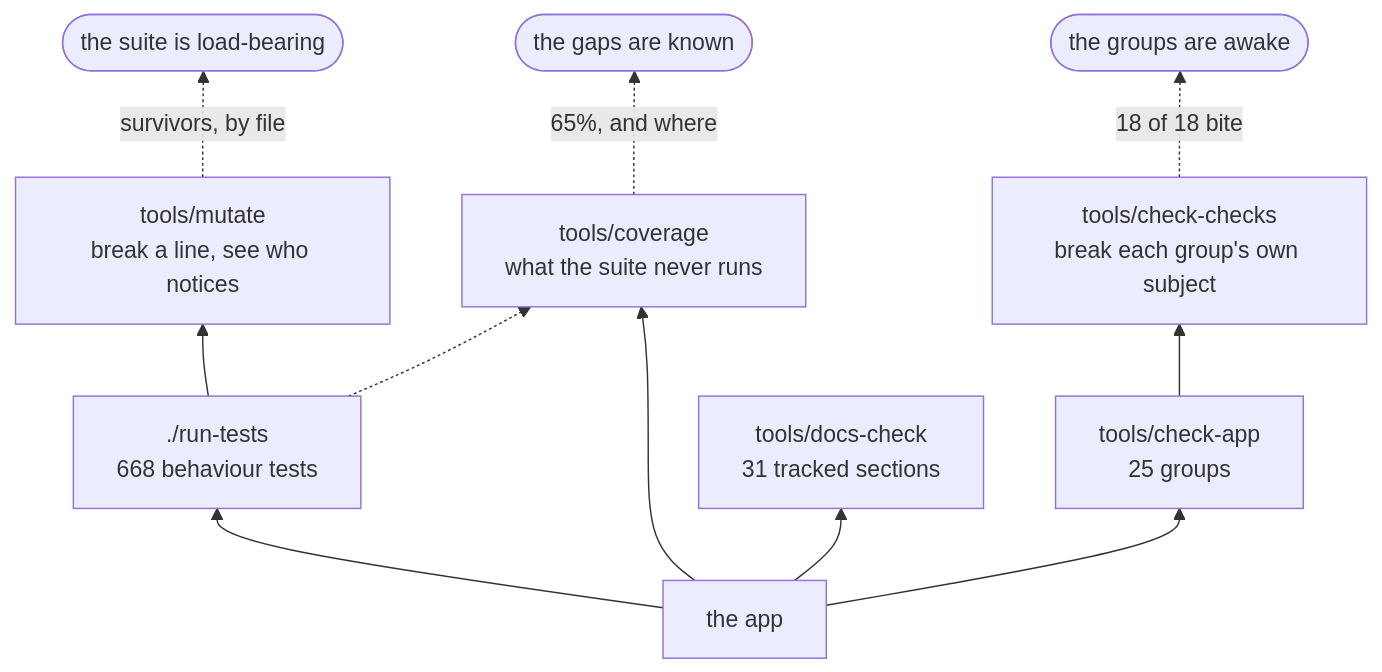
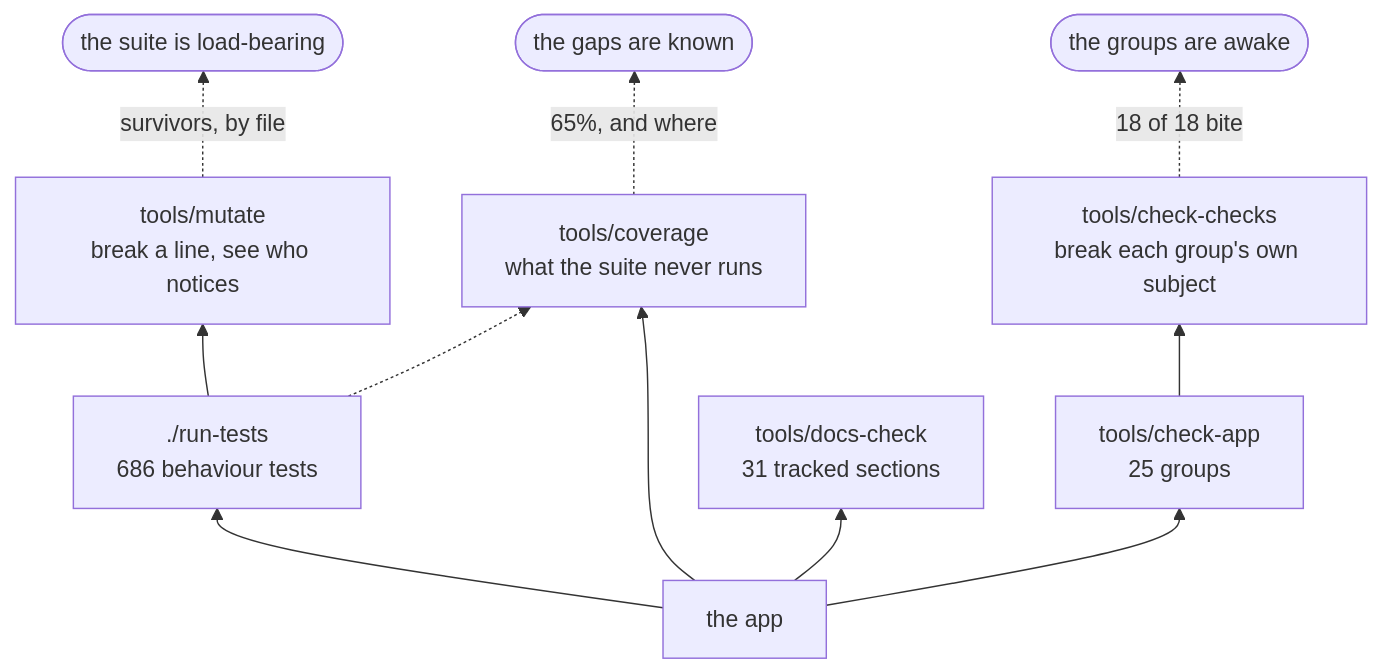
One commit to minormending/crystal-pilot-mobile changed the second of 2 diagrams in docs/DEVELOPING.md. Above: the diagram before and after it, drawn with Mermaid. The commit also changed other lines of this file and 9 other files, not shown here.

````diff
--- a/docs/DEVELOPING.md
+++ b/docs/DEVELOPING.md
@@ -127,13 +127,13 @@
 ```mermaid
 flowchart BT
-    C["the app"] --> T["./run-tests<br/>668 behaviour tests"]
+    C["the app"] --> T["./run-tests<br/>686 behaviour tests"]
     C --> A["tools/check-app<br/>25 groups"]
     C --> D["tools/docs-check<br/>31 tracked sections"]
     C --> V["tools/coverage<br/>what the suite never runs"]
     T --> M["tools/mutate<br/>break a line, see who notices"]
     A --> K["tools/check-checks<br/>break each group's own subject"]
     T -.-> V
     M -.->|"survivors, by file"| R(["the suite is load-bearing"])
     K -.->|"18 of 18 bite"| R2(["the groups are awake"])
     V -.->|"65%, and where"| R3(["the gaps are known"])
 ```
````
